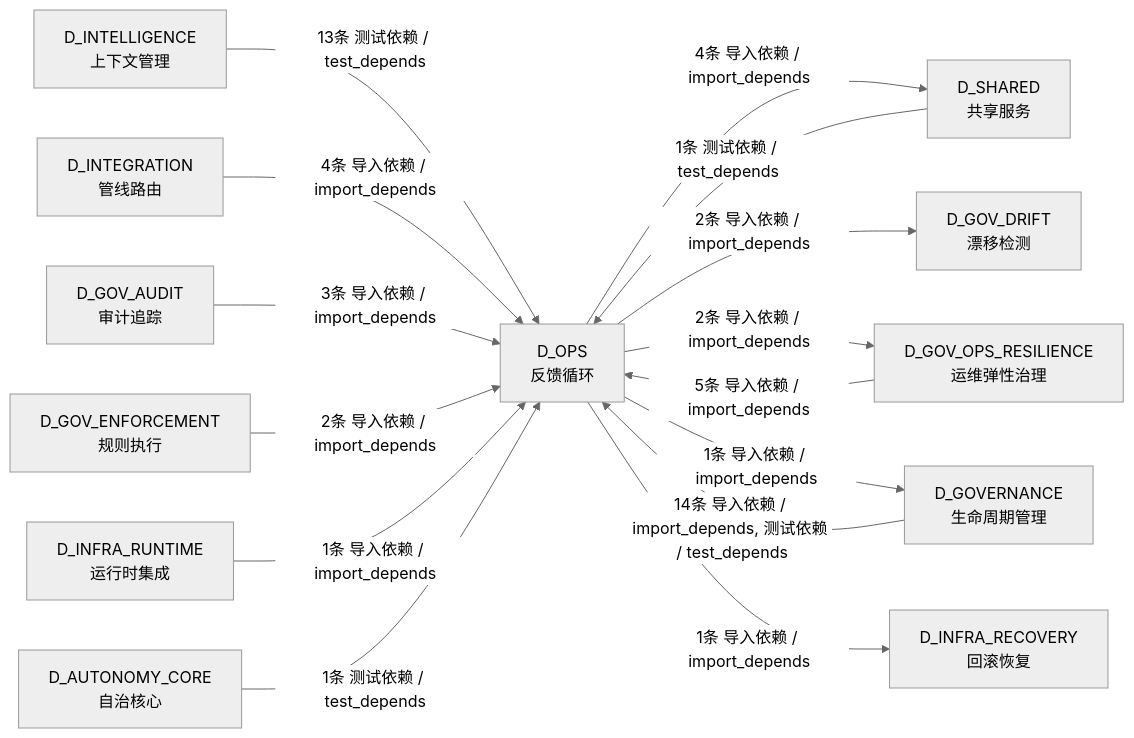
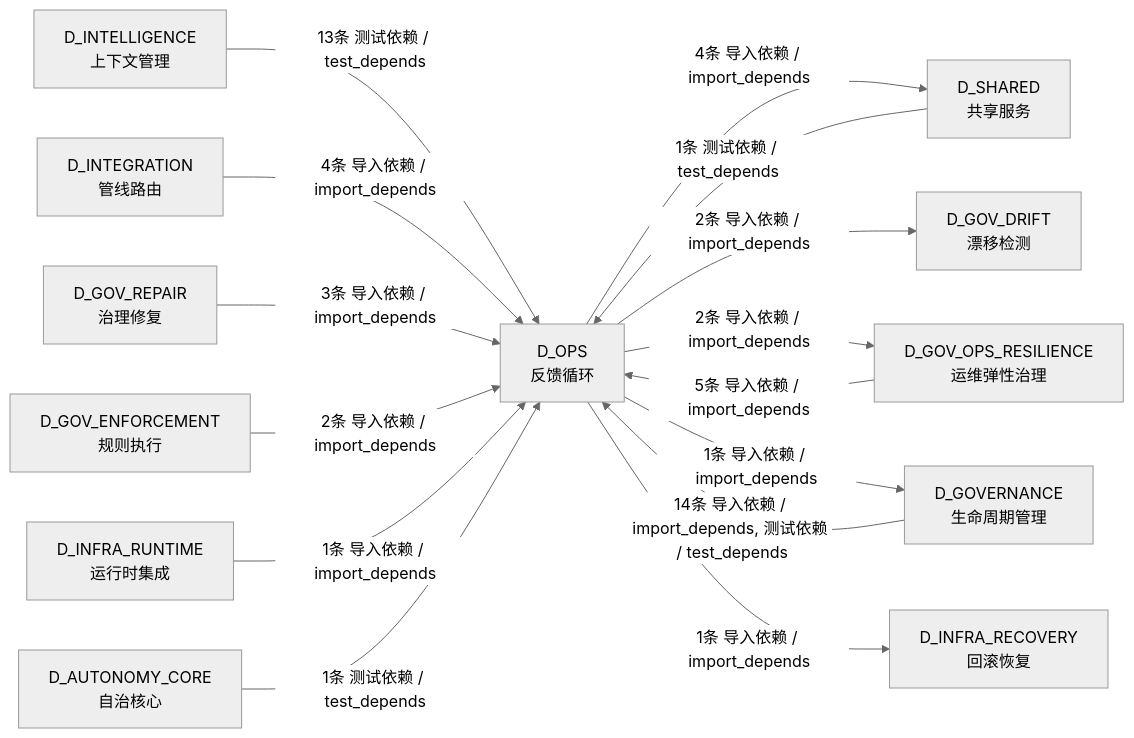
The fourth of 4 diagrams in docs/02_enterprise_architecture/02_domain_architecture_docs/21_d_ops.md (xuanFelixVan/ZephyrAlpha), drawn with Mermaid (neutral theme) before and after one commit. The commit also changed other lines of this file and 124 other files, not shown here.

````diff
--- a/docs/02_enterprise_architecture/02_domain_architecture_docs/21_d_ops.md
+++ b/docs/02_enterprise_architecture/02_domain_architecture_docs/21_d_ops.md
@@ -279,29 +279,29 @@
 ```mermaid
 graph LR
     D_OPS["D_OPS<br/>反馈循环"]
     D_SHARED["D_SHARED<br/>共享服务"]
     D_GOV_DRIFT["D_GOV_DRIFT<br/>漂移检测"]
     D_GOV_OPS_RESILIENCE["D_GOV_OPS_RESILIENCE<br/>运维弹性治理"]
     D_GOVERNANCE["D_GOVERNANCE<br/>生命周期管理"]
     D_INFRA_RECOVERY["D_INFRA_RECOVERY<br/>回滚恢复"]
     D_INTELLIGENCE["D_INTELLIGENCE<br/>上下文管理"]
     D_INTEGRATION["D_INTEGRATION<br/>管线路由"]
-    D_GOV_AUDIT["D_GOV_AUDIT<br/>审计追踪"]
+    D_GOV_REPAIR["D_GOV_REPAIR<br/>治理修复"]
     D_GOV_ENFORCEMENT["D_GOV_ENFORCEMENT<br/>规则执行"]
     D_INFRA_RUNTIME["D_INFRA_RUNTIME<br/>运行时集成"]
     D_AUTONOMY_CORE["D_AUTONOMY_CORE<br/>自治核心"]
     D_OPS -->|4条 导入依赖 / import_depends| D_SHARED
     D_OPS -->|2条 导入依赖 / import_depends| D_GOV_DRIFT
     D_OPS -->|2条 导入依赖 / import_depends| D_GOV_OPS_RESILIENCE
     D_OPS -->|1条 导入依赖 / import_depends| D_GOVERNANCE
     D_OPS -->|1条 导入依赖 / import_depends| D_INFRA_RECOVERY
     D_GOVERNANCE -->|14条 导入依赖 / import_depends, 测试依赖 / test_depends| D_OPS
     D_INTELLIGENCE -->|13条 测试依赖 / test_depends| D_OPS
     D_GOV_OPS_RESILIENCE -->|5条 导入依赖 / import_depends| D_OPS
     D_INTEGRATION -->|4条 导入依赖 / import_depends| D_OPS
-    D_GOV_AUDIT -->|3条 导入依赖 / import_depends| D_OPS
+    D_GOV_REPAIR -->|3条 导入依赖 / import_depends| D_OPS
     D_GOV_ENFORCEMENT -->|2条 导入依赖 / import_depends| D_OPS
     D_SHARED -->|1条 测试依赖 / test_depends| D_OPS
     D_INFRA_RUNTIME -->|1条 导入依赖 / import_depends| D_OPS
     D_AUTONOMY_CORE -->|1条 测试依赖 / test_depends| D_OPS
 ```
````
